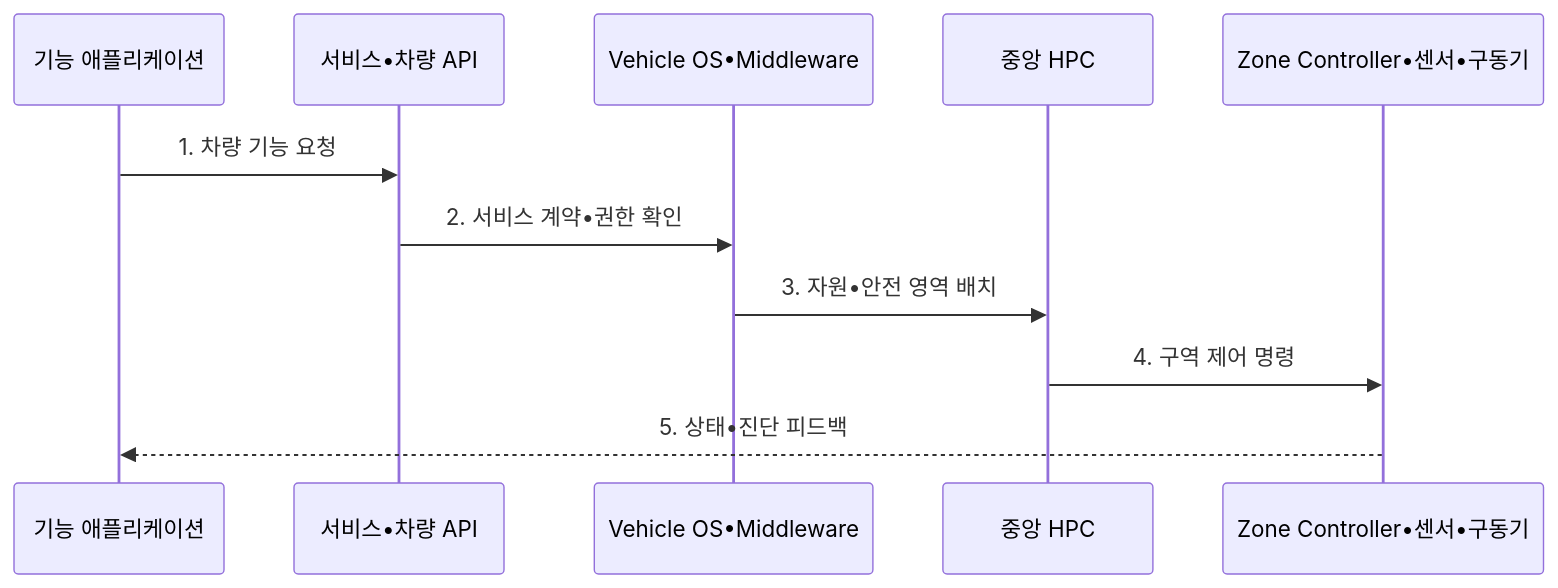
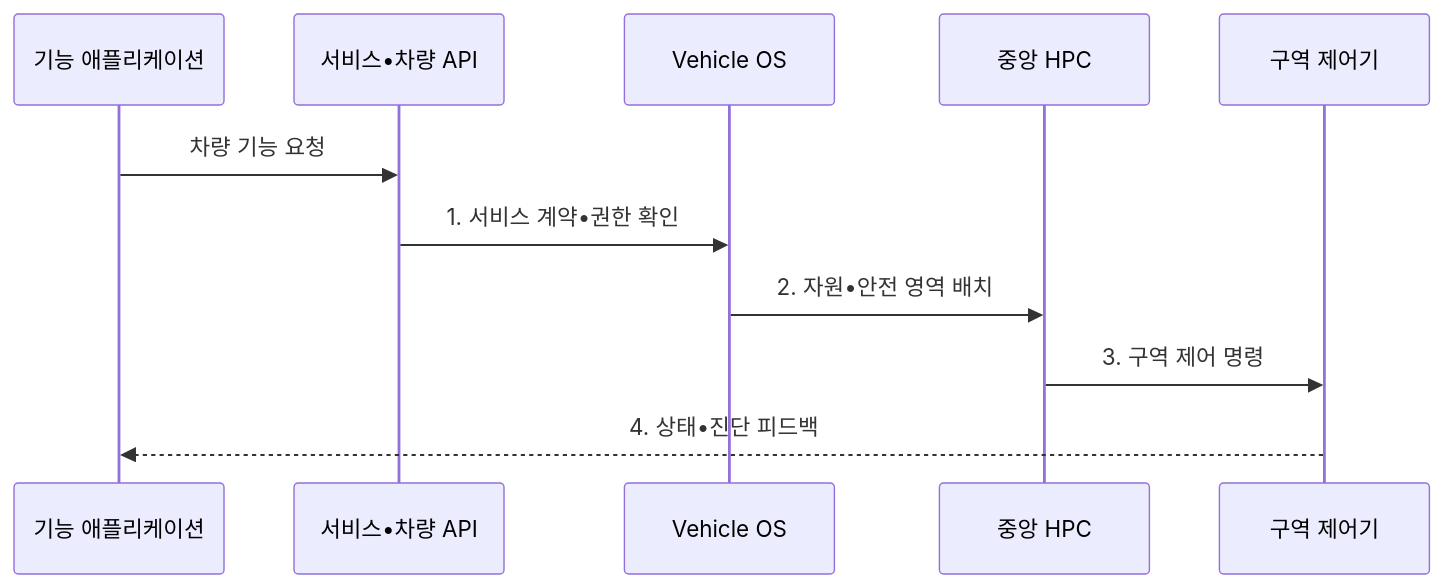
The second of 2 diagrams in src/content/docs/notes/08-latest-tech/204_software_defined_vehicle.md (agnusdei1207/knowledge-base), drawn with Mermaid before and after one commit. The commit also changed other lines of this file and 20 other files, not shown here.

````diff
--- a/src/content/docs/notes/08-latest-tech/204_software_defined_vehicle.md
+++ b/src/content/docs/notes/08-latest-tech/204_software_defined_vehicle.md
@@ -103,13 +118,13 @@
 ```mermaid
 sequenceDiagram
   participant A as 기능 애플리케이션
   participant P as 서비스•차량 API
-  participant O as Vehicle OS•Middleware
+  participant O as Vehicle OS
   participant H as 중앙 HPC
-  participant Z as Zone Controller•센서•구동기
-  A->>P: 1. 차량 기능 요청
-  P->>O: 2. 서비스 계약•권한 확인
-  O->>H: 3. 자원•안전 영역 배치
-  H->>Z: 4. 구역 제어 명령
-  Z-->>A: 5. 상태•진단 피드백
+  participant Z as 구역 제어기
+  A->>P: 차량 기능 요청
+  P->>O: 1. 서비스 계약•권한 확인
+  O->>H: 2. 자원•안전 영역 배치
+  H->>Z: 3. 구역 제어 명령
+  Z-->>A: 4. 상태•진단 피드백
 ```
````
